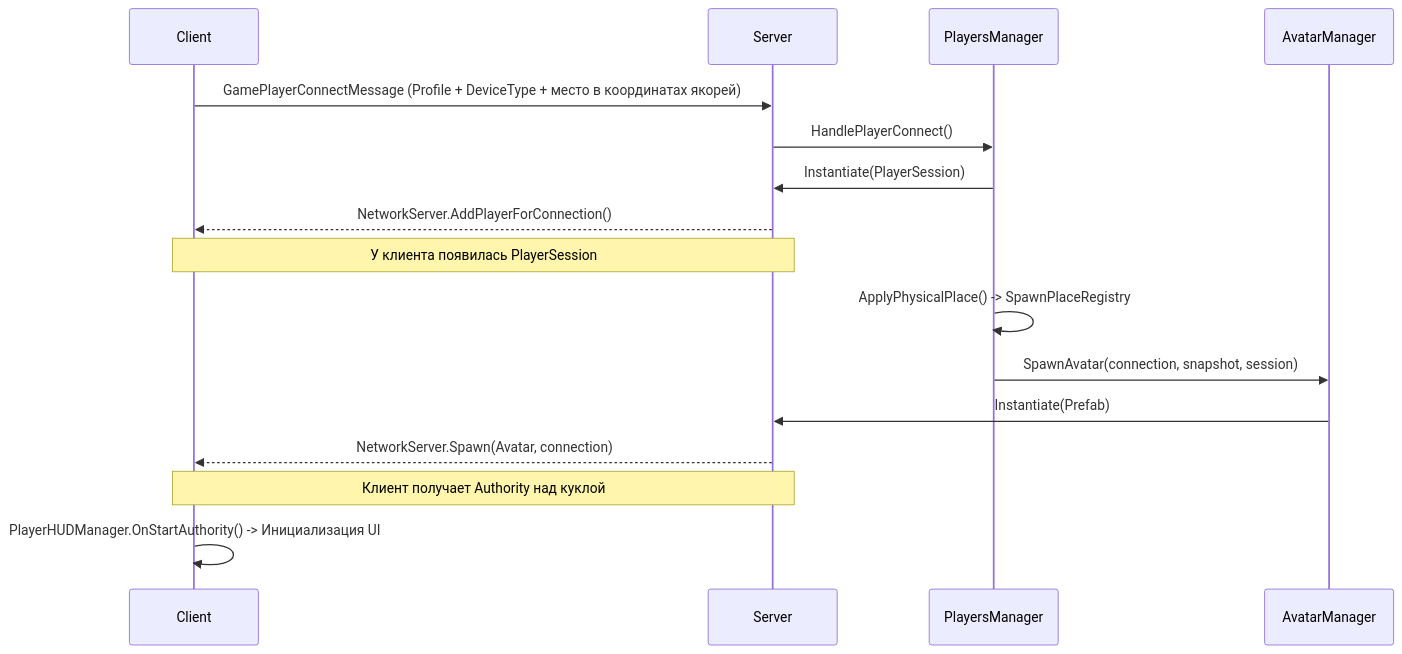
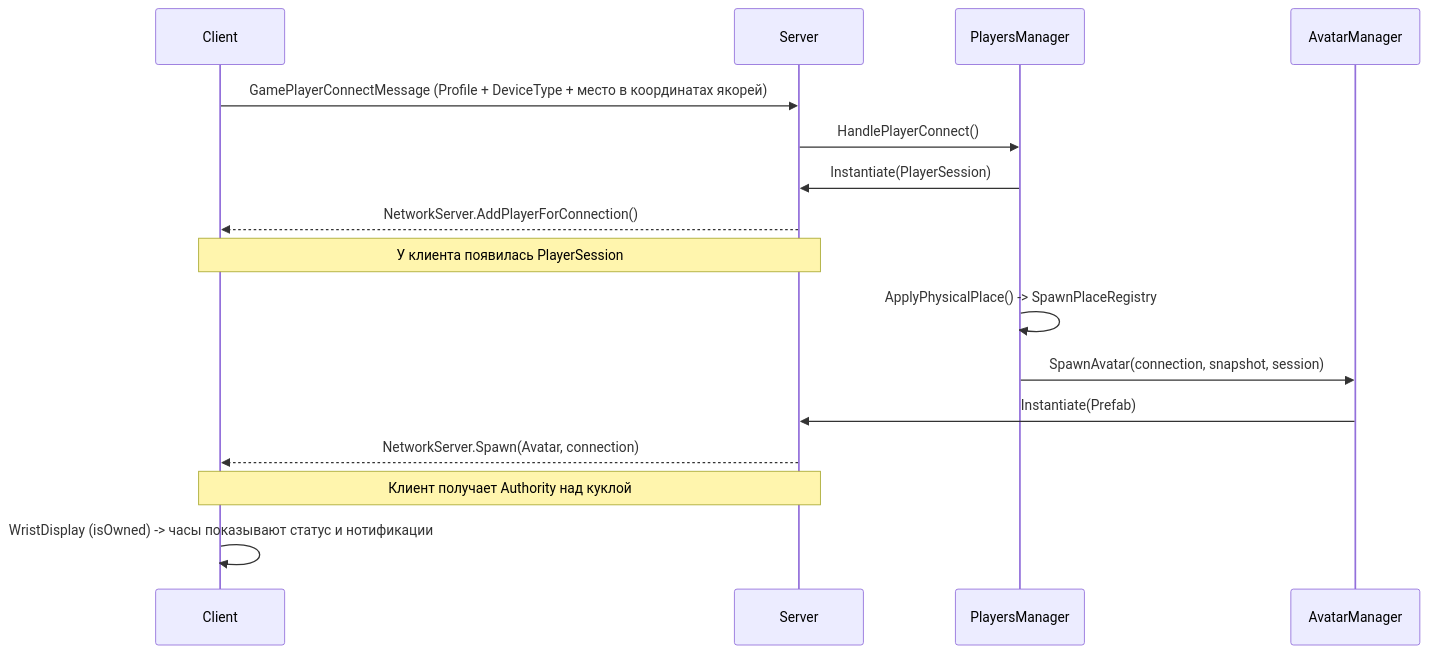
One commit to askerpro/vr_battlegrounds_ai_v2 changed the diagram in Docs/session-architecture.md. Above: the diagram before and after it, drawn with Mermaid. The commit also changed other lines of this file and 351 other files, not shown here.

````diff
--- a/Docs/session-architecture.md
+++ b/Docs/session-architecture.md
@@ -135,19 +135,19 @@
 ```mermaid
 sequenceDiagram
     participant C as Client
     participant S as Server
     participant PM as PlayersManager
     participant AM as AvatarManager
     
     C->>S: GamePlayerConnectMessage (Profile + DeviceType + место в координатах якорей)
     S->>PM: HandlePlayerConnect()
     PM->>S: Instantiate(PlayerSession)
     S-->>C: NetworkServer.AddPlayerForConnection()
     Note over C,S: У клиента появилась PlayerSession
     PM->>PM: ApplyPhysicalPlace() -> SpawnPlaceRegistry
     PM->>AM: SpawnAvatar(connection, snapshot, session)
     AM->>S: Instantiate(Prefab)
     S-->>C: NetworkServer.Spawn(Avatar, connection)
     Note over C,S: Клиент получает Authority над куклой
-    C->>C: PlayerHUDManager.OnStartAuthority() -> Инициализация UI
+    C->>C: WristDisplay (isOwned) -> часы показывают статус и нотификации
 ```
````
